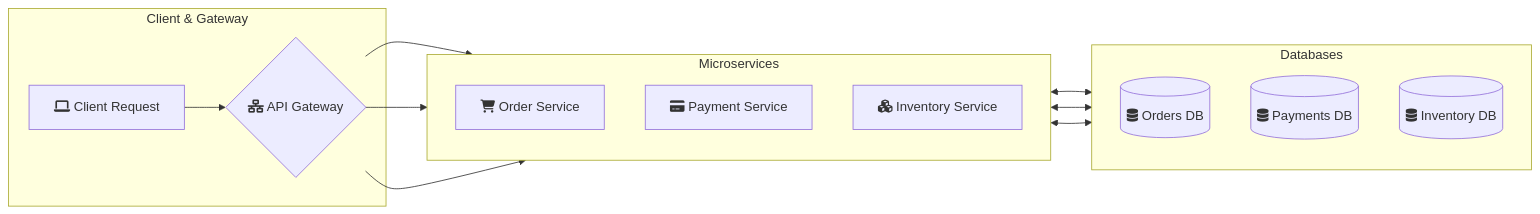
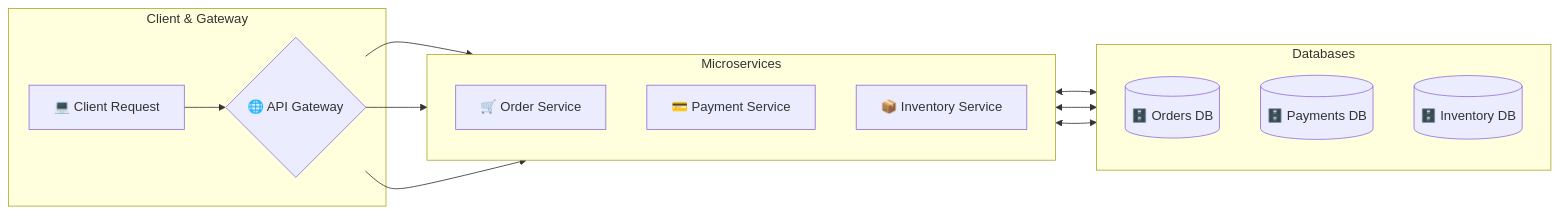
One commit to apirusov/OneYearChallenge_projects changed the first of 3 diagrams in WIKI/Microservices/Basic_concepts.MD. Above: the diagram before and after it, drawn with Mermaid.

Commit message:
Wiki work

````diff
--- a/WIKI/Microservices/Basic_concepts.MD
+++ b/WIKI/Microservices/Basic_concepts.MD
@@ -3,30 +3,30 @@
 ```mermaid
 graph LR
     subgraph ClientLayer [Client & Gateway]
-        Client[fa:fa-laptop Client Request] --> apiGateway{fa:fa-network-wired API Gateway}
+        Client["💻 Client Request"] --> apiGateway{"🌐 API Gateway"}
     end
 
     subgraph Services [Microservices]
         direction TD
-        orderSvc[fa:fa-cart-shopping Order Service]
-        paymentSvc[fa:fa-credit-card Payment Service]
-        inventorySvc[fa:fa-cubes Inventory Service]
+        orderSvc["🛒 Order Service"]
+        paymentSvc["💳 Payment Service"]
+        inventorySvc["📦 Inventory Service"]
     end
 
     subgraph Databases [Databases]
         direction TD
-        ordersDB[(fa:fa-database Orders DB)]
-        paymentsDB[(fa:fa-database Payments DB)]
-        inventoryDB[(fa:fa-database Inventory DB)]
+        ordersDB[("🗄️ Orders DB")]
+        paymentsDB[("🗄️ Payments DB")]
+        inventoryDB[("🗄️ Inventory DB")]
     end
 
     %% Connections from Gateway to Services
     apiGateway --> orderSvc
     apiGateway --> paymentSvc
     apiGateway --> inventorySvc
 
     %% Service-to-Database mapping
     orderSvc <--> ordersDB
     paymentSvc <--> paymentsDB
     inventorySvc <--> inventoryDB
 ```
````
